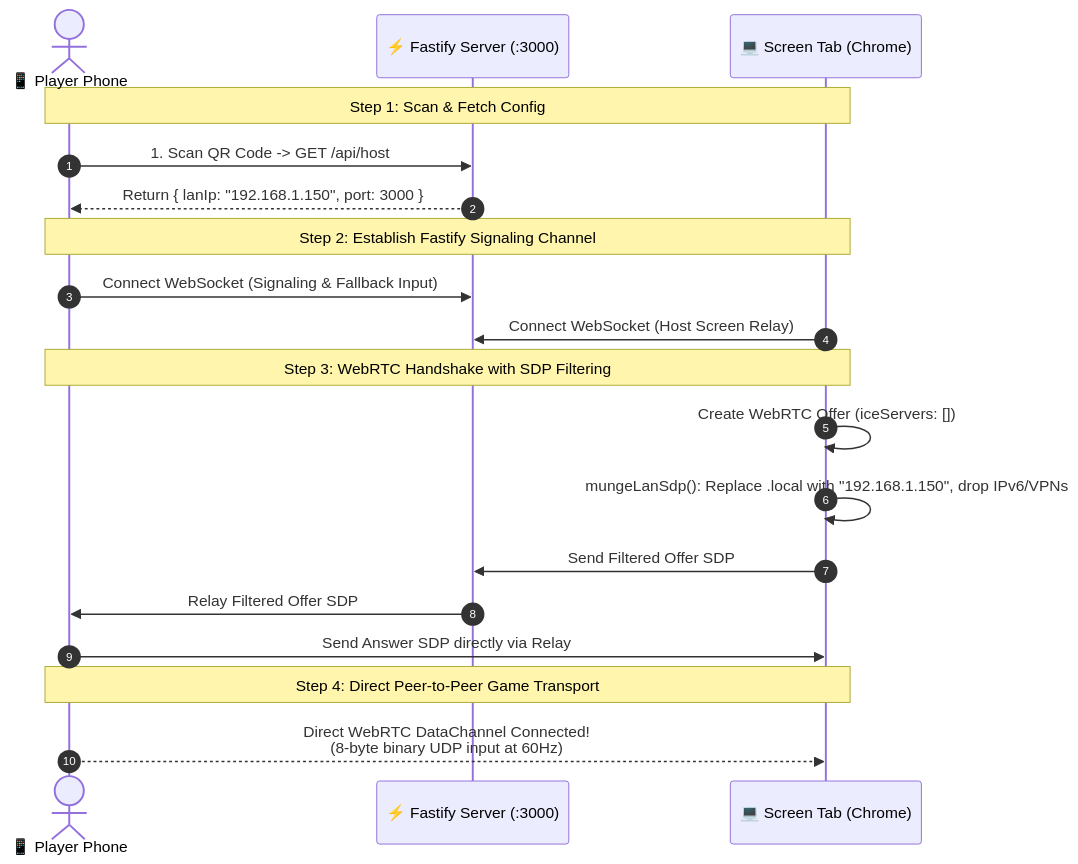
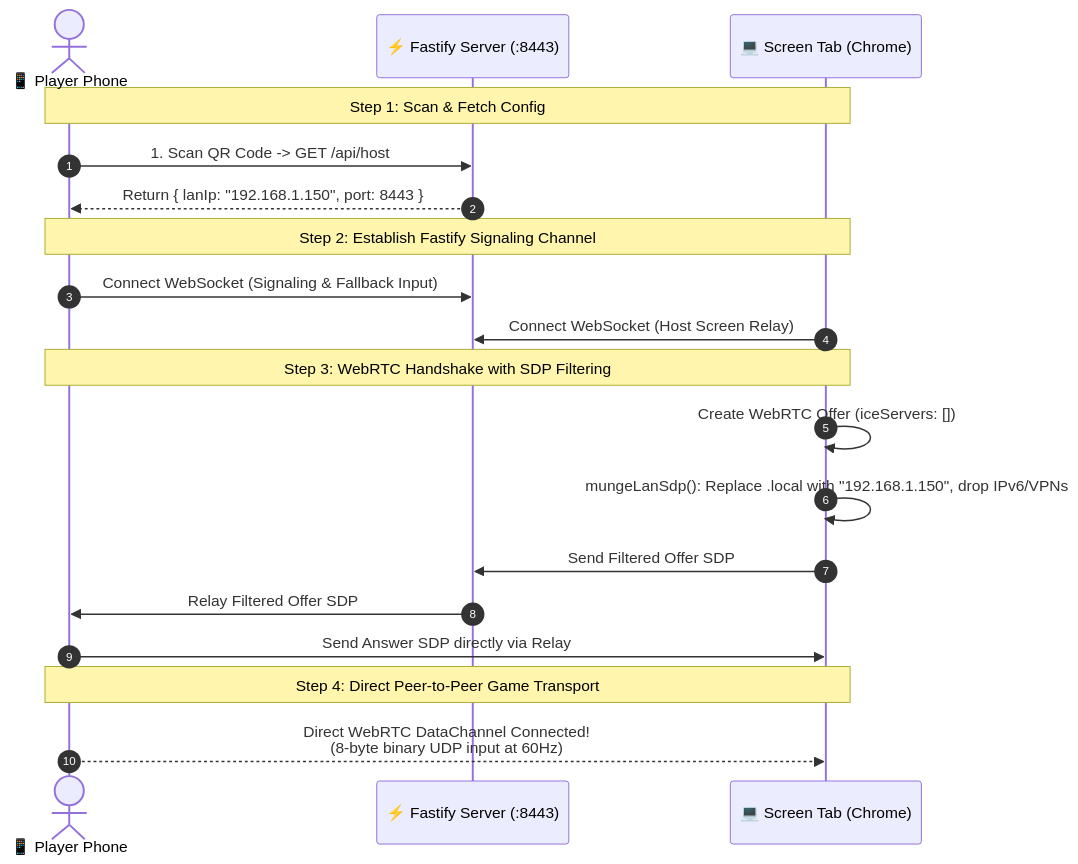
One commit to Hudson-Pufferfish/local-party-console changed the diagram in docs/architecture-decision.md. Above: the diagram before and after it, drawn with Mermaid. The commit also changed other lines of this file, not shown here.

Commit message:
docs(adr): update server port to 8443 and add comprehensive reference links for ADR-001

````diff
--- a/docs/architecture-decision.md
+++ b/docs/architecture-decision.md
@@ -35,25 +35,25 @@
 ```mermaid
 sequenceDiagram
     autonumber
     actor Player as 📱 Player Phone
-    participant Server as ⚡ Fastify Server (:3000)
+    participant Server as ⚡ Fastify Server (:8443)
     participant Host as 💻 Screen Tab (Chrome)
 
     Note over Player,Host: Step 1: Scan & Fetch Config
     Player->>Server: 1. Scan QR Code -> GET /api/host
-    Server-->>Player: Return { lanIp: "192.168.1.150", port: 3000 }
+    Server-->>Player: Return { lanIp: "192.168.1.150", port: 8443 }
     
     Note over Player,Host: Step 2: Establish Fastify Signaling Channel
     Player->>Server: Connect WebSocket (Signaling & Fallback Input)
     Host->>Server: Connect WebSocket (Host Screen Relay)
 
     Note over Player,Host: Step 3: WebRTC Handshake with SDP Filtering
     Host->>Host: Create WebRTC Offer (iceServers: [])
     Host->>Host: mungeLanSdp(): Replace .local with "192.168.1.150", drop IPv6/VPNs
     Host->>Server: Send Filtered Offer SDP
     Server->>Player: Relay Filtered Offer SDP
     Player->>Host: Send Answer SDP directly via Relay
     
     Note over Player,Host: Step 4: Direct Peer-to-Peer Game Transport
     Player-->>Host: Direct WebRTC DataChannel Connected!<br/>(8-byte binary UDP input at 60Hz)
 ```
````
